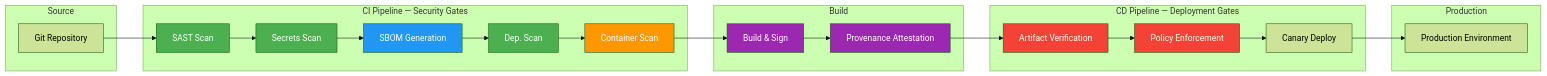
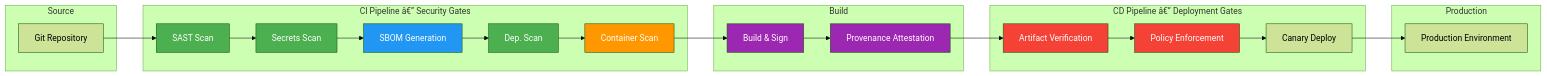
Before and after one commit to Raushan666java/ai-engineering-journey: the third of 5 diagrams in docs/courses/cyber-security/16-supply-chain-cicd.md, drawn with Mermaid (forest theme). The commit also changed other lines of this file and 735 other files, not shown here.

````diff
--- a/docs/courses/cyber-security/16-supply-chain-cicd.md
+++ b/docs/courses/cyber-security/16-supply-chain-cicd.md
@@ -1204,47 +1204,47 @@
 ```mermaid
 flowchart LR
     subgraph Source
         A[Git Repository]
     end
-    subgraph CI_Pipeline["CI Pipeline — Security Gates"]
+    subgraph CI_Pipeline["CI Pipeline â€” Security Gates"]
         B[SAST Scan]
         C[Secrets Scan]
         D[SBOM Generation]
         E[Dep. Scan]
         F[Container Scan]
     end
     subgraph Build
         G[Build & Sign]
         H[Provenance Attestation]
     end
-    subgraph CD_Pipeline["CD Pipeline — Deployment Gates"]
+    subgraph CD_Pipeline["CD Pipeline â€” Deployment Gates"]
         I[Artifact Verification]
         J[Policy Enforcement]
         K[Canary Deploy]
     end
     subgraph Production
         L[Production Environment]
     end
 
     A --> B
     B --> C
     C --> D
     D --> E
     E --> F
     F --> G
     G --> H
     H --> I
     I --> J
     J --> K
     K --> L
 
     style B fill:#4CAF50,color:#fff
     style C fill:#4CAF50,color:#fff
     style D fill:#2196F3,color:#fff
     style E fill:#4CAF50,color:#fff
     style F fill:#FF9800,color:#fff
     style G fill:#9C27B0,color:#fff
     style H fill:#9C27B0,color:#fff
     style I fill:#f44336,color:#fff
     style J fill:#f44336,color:#fff
 ```
````
